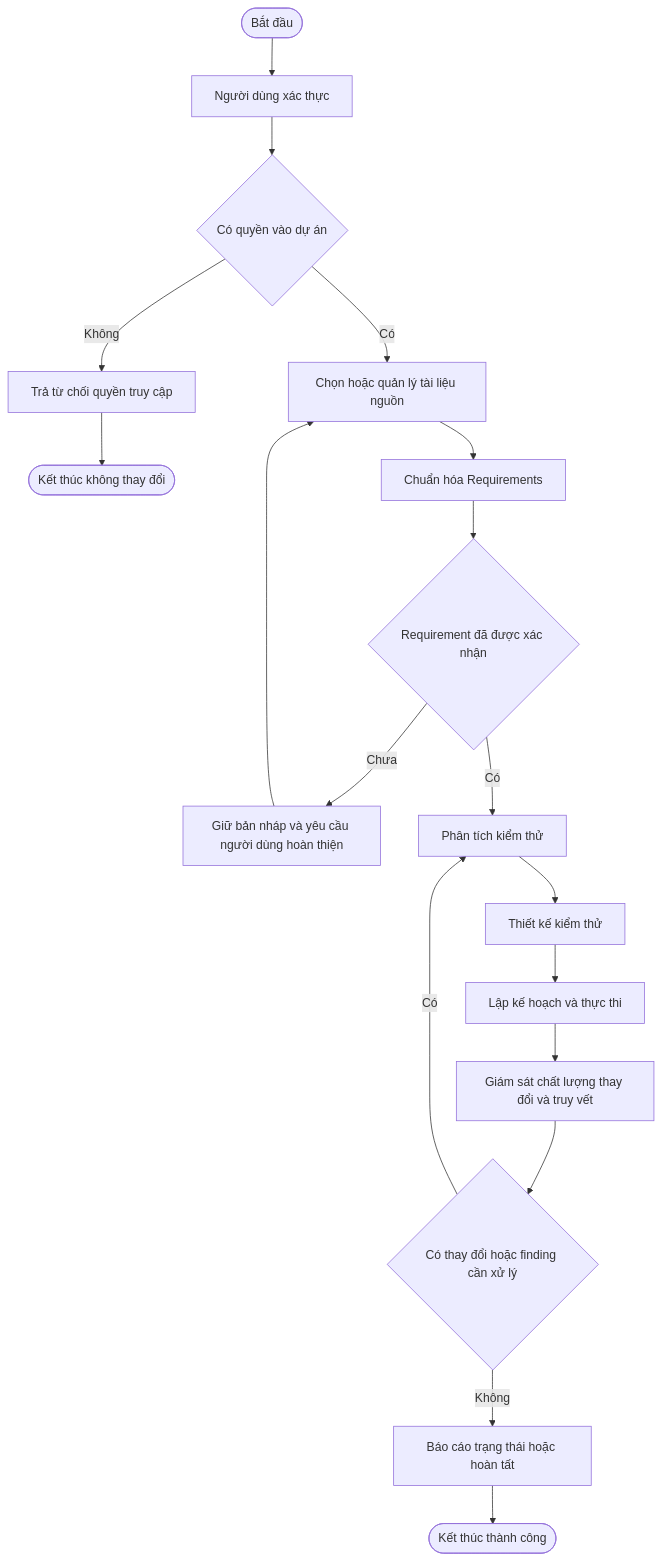
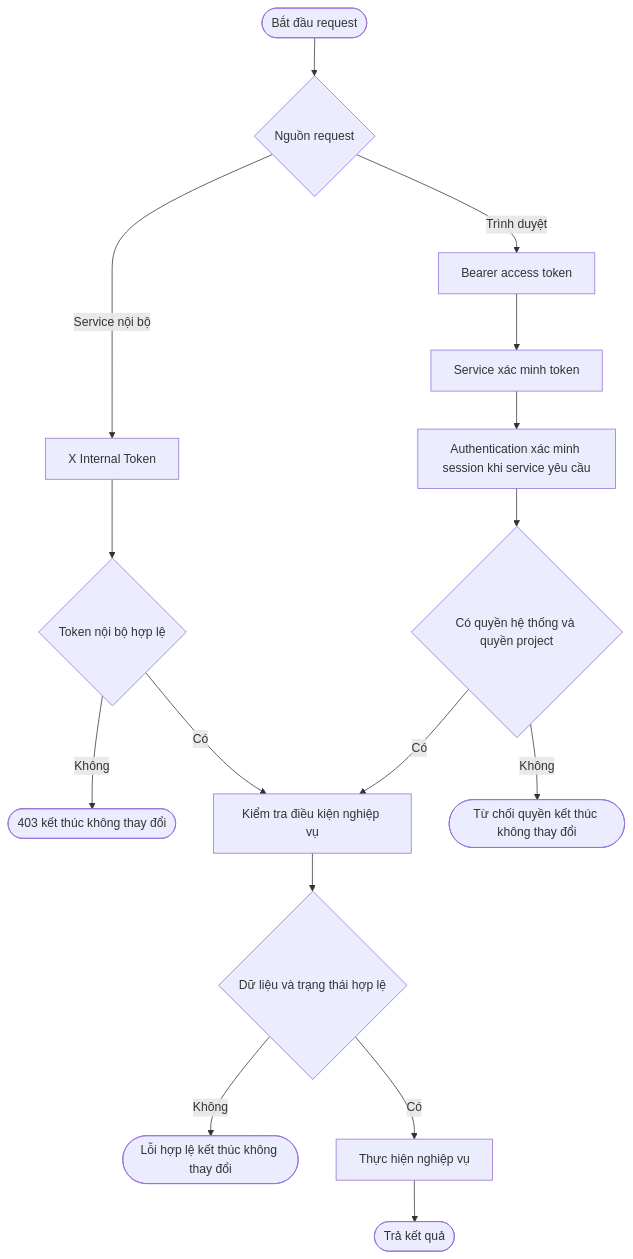
One commit to MinTruqday/Veriq changed the third of 10 diagrams in docs/kien-truc/FRAMEWORK_VERIQ.md. Above: the diagram before and after it, drawn with Mermaid. The commit also changed other lines of this file and 16 other files, not shown here.

````diff
--- a/docs/kien-truc/FRAMEWORK_VERIQ.md
+++ b/docs/kien-truc/FRAMEWORK_VERIQ.md
@@ -32,19 +137,18 @@
 ```mermaid
 flowchart TD
-    S([Bắt đầu]) --> A[Người dùng xác thực]
-    A --> B{Có quyền vào dự án}
-    B -->|Không| X1[Trả từ chối quyền truy cập] --> E1([Kết thúc không thay đổi])
-    B -->|Có| C[Chọn hoặc quản lý tài liệu nguồn]
-    C --> D[Chuẩn hóa Requirements]
-    D --> Q{Requirement đã được xác nhận}
-    Q -->|Chưa| R[Giữ bản nháp và yêu cầu người dùng hoàn thiện]
-    R --> C
-    Q -->|Có| F[Phân tích kiểm thử]
-    F --> G[Thiết kế kiểm thử]
-    G --> H[Lập kế hoạch và thực thi]
-    H --> I[Giám sát chất lượng thay đổi và truy vết]
-    I --> J{Có thay đổi hoặc finding cần xử lý}
-    J -->|Có| F
-    J -->|Không| K[Báo cáo trạng thái hoặc hoàn tất]
-    K --> E2([Kết thúc thành công])
+    S([Bắt đầu request]) --> A{Nguồn request}
+    A -->|Trình duyệt| B[Bearer access token]
+    B --> C[Service xác minh token]
+    C --> D[Authentication xác minh session khi service yêu cầu]
+    D --> E{Có quyền hệ thống và quyền project}
+    A -->|Service nội bộ| F[X Internal Token]
+    F --> G{Token nội bộ hợp lệ}
+    G -->|Không| X1([403 kết thúc không thay đổi])
+    G -->|Có| H[Kiểm tra điều kiện nghiệp vụ]
+    E -->|Không| X2([Từ chối quyền kết thúc không thay đổi])
+    E -->|Có| H
+    H --> I{Dữ liệu và trạng thái hợp lệ}
+    I -->|Không| X3([Lỗi hợp lệ kết thúc không thay đổi])
+    I -->|Có| J[Thực hiện nghiệp vụ]
+    J --> X4([Trả kết quả])
 ```
````
